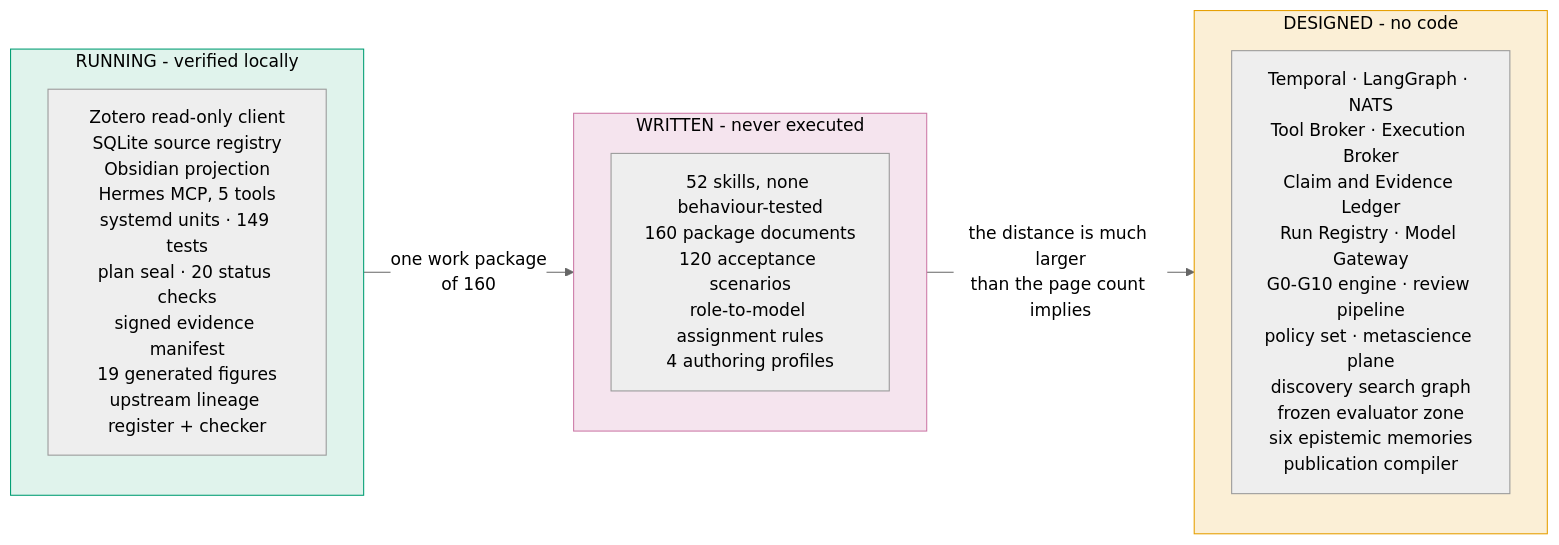
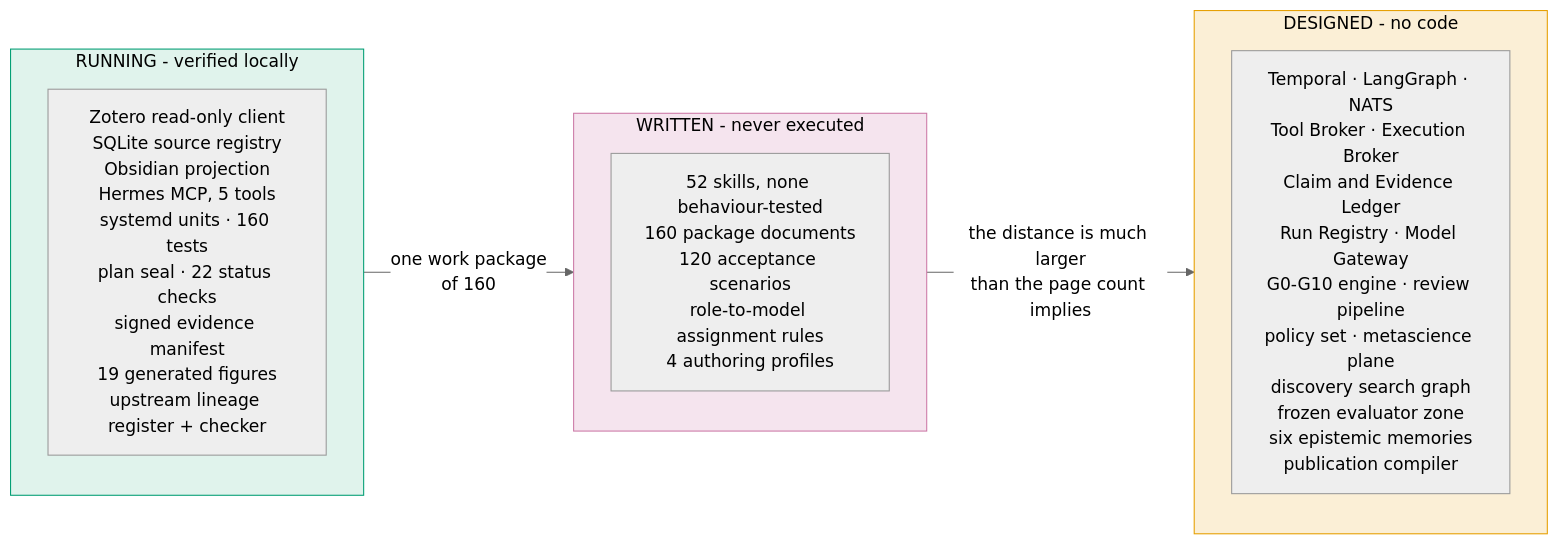
One commit to furkanhanilci/AETHRION changed diagram 15 of 17 in README.md. Above: the diagram before and after it, drawn with Mermaid (neutral theme). The commit also changed other lines of this file and 373 other files, not shown here.

````diff
--- a/README.md
+++ b/README.md
@@ -1012,17 +1054,17 @@
 ```mermaid
 flowchart LR
     subgraph WORKING["RUNNING - verified locally"]
-        W["Zotero read-only client<br/>SQLite source registry<br/>Obsidian projection<br/>Hermes MCP, 5 tools<br/>systemd units · 149 tests<br/>plan seal · 20 status checks<br/>signed evidence manifest<br/>19 generated figures<br/>upstream lineage register + checker"]
+        W["Zotero read-only client<br/>SQLite source registry<br/>Obsidian projection<br/>Hermes MCP, 5 tools<br/>systemd units · 160 tests<br/>plan seal · 22 status checks<br/>signed evidence manifest<br/>19 generated figures<br/>upstream lineage register + checker"]
     end
     subgraph WRITTEN["WRITTEN - never executed"]
         S["52 skills, none behaviour-tested<br/>160 package documents<br/>120 acceptance scenarios<br/>role-to-model assignment rules<br/>4 authoring profiles"]
     end
     subgraph DESIGNED["DESIGNED - no code"]
         D["Temporal · LangGraph · NATS<br/>Tool Broker · Execution Broker<br/>Claim and Evidence Ledger<br/>Run Registry · Model Gateway<br/>G0-G10 engine · review pipeline<br/>policy set · metascience plane<br/>discovery search graph<br/>frozen evaluator zone<br/>six epistemic memories<br/>publication compiler"]
     end
     WORKING -->|"one work package<br/>of 160"| WRITTEN
     WRITTEN -->|"the distance is much larger<br/>than the page count implies"| DESIGNED
     style WORKING fill:#E0F3EC,stroke:#009E73,color:#000
     style WRITTEN fill:#F5E4EE,stroke:#CC79A7,color:#000
     style DESIGNED fill:#FBEFD6,stroke:#E69F00,color:#000
 ```
````
